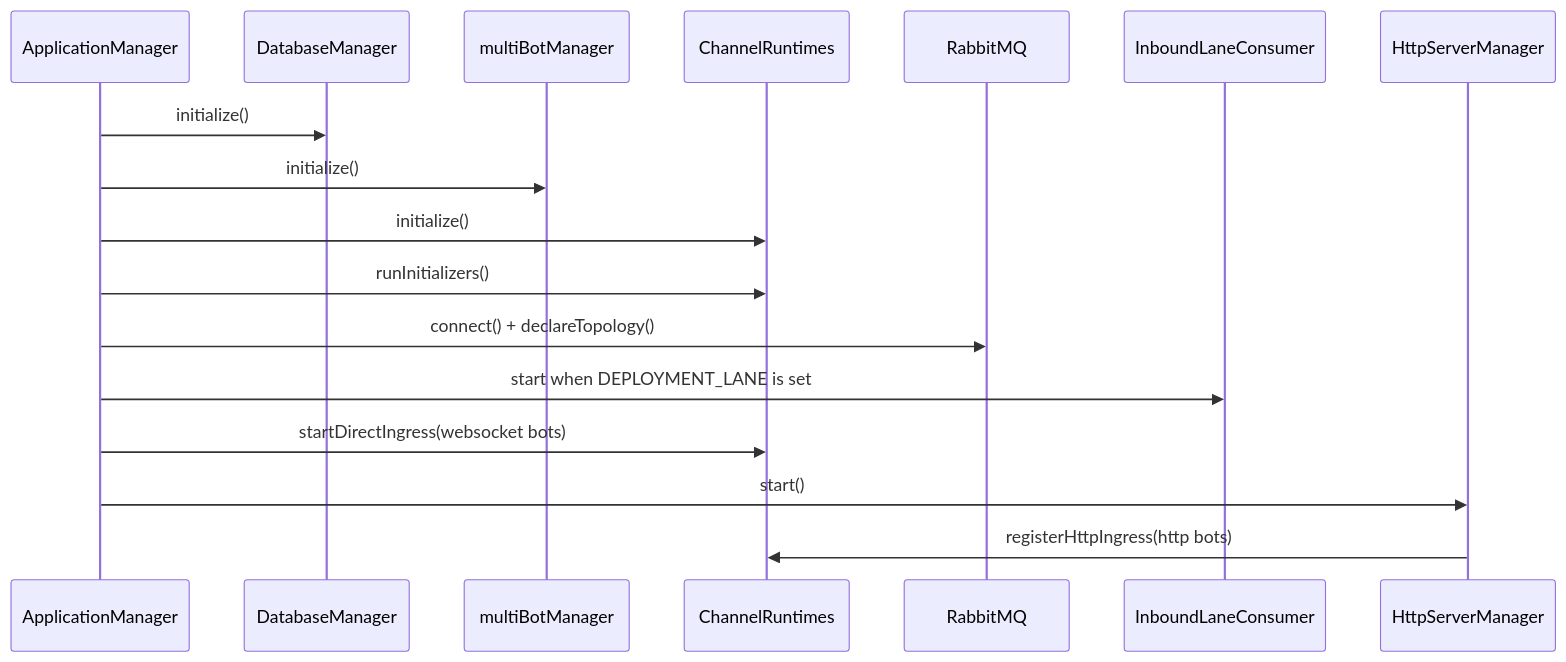
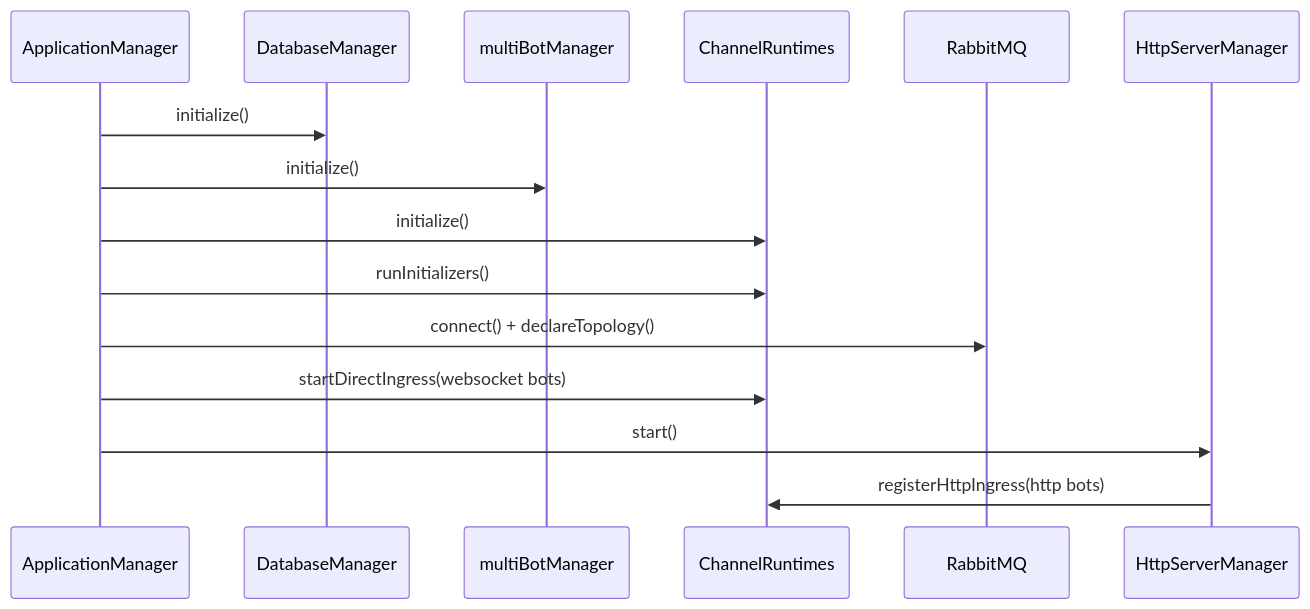
The second of 2 diagrams in apps/channel-server/README.md (bezhai/chiwei-platform), drawn with Mermaid before and after one commit. The commit also changed other lines of this file and 50 other files, not shown here.

````diff
--- a/apps/channel-server/README.md
+++ b/apps/channel-server/README.md
@@ -90,20 +93,18 @@
 ```mermaid
 sequenceDiagram
   participant App as ApplicationManager
   participant DB as DatabaseManager
   participant Bot as multiBotManager
   participant Runtime as ChannelRuntimes
   participant MQ as RabbitMQ
-  participant Lane as InboundLaneConsumer
   participant HTTP as HttpServerManager
 
   App->>DB: initialize()
   App->>Bot: initialize()
   App->>Runtime: initialize()
   App->>Runtime: runInitializers()
   App->>MQ: connect() + declareTopology()
-  App->>Lane: start when DEPLOYMENT_LANE is set
   App->>Runtime: startDirectIngress(websocket bots)
   App->>HTTP: start()
   HTTP->>Runtime: registerHttpIngress(http bots)
 ```
````
